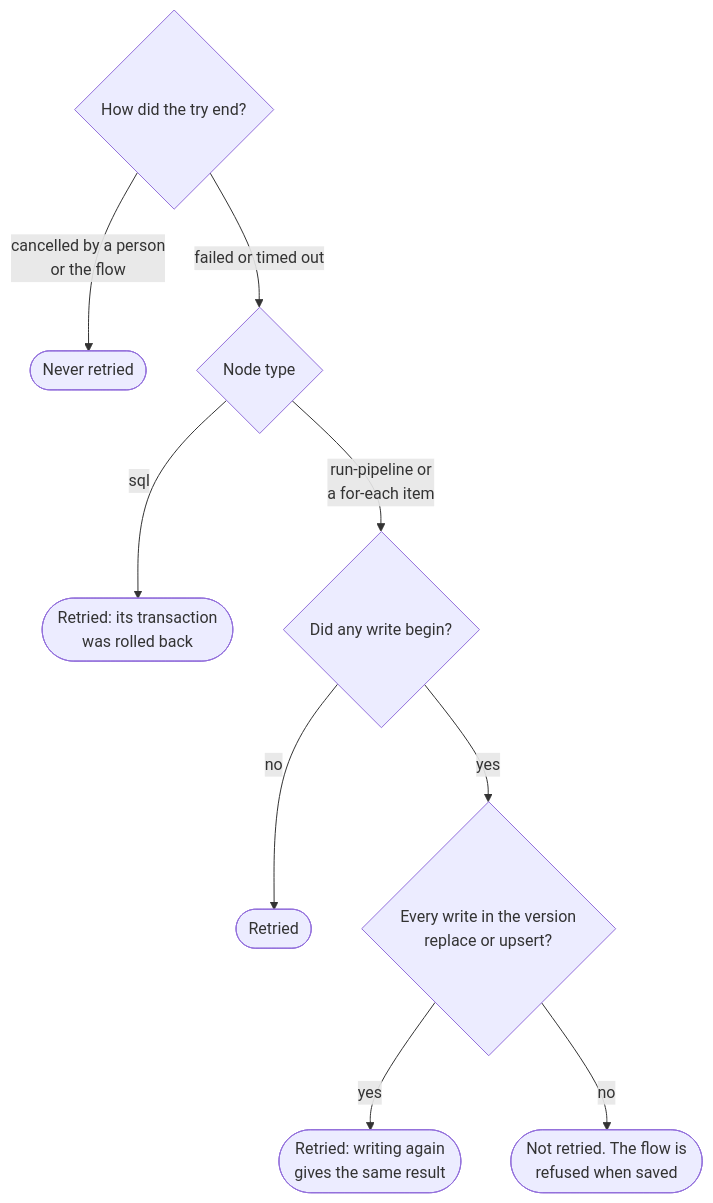
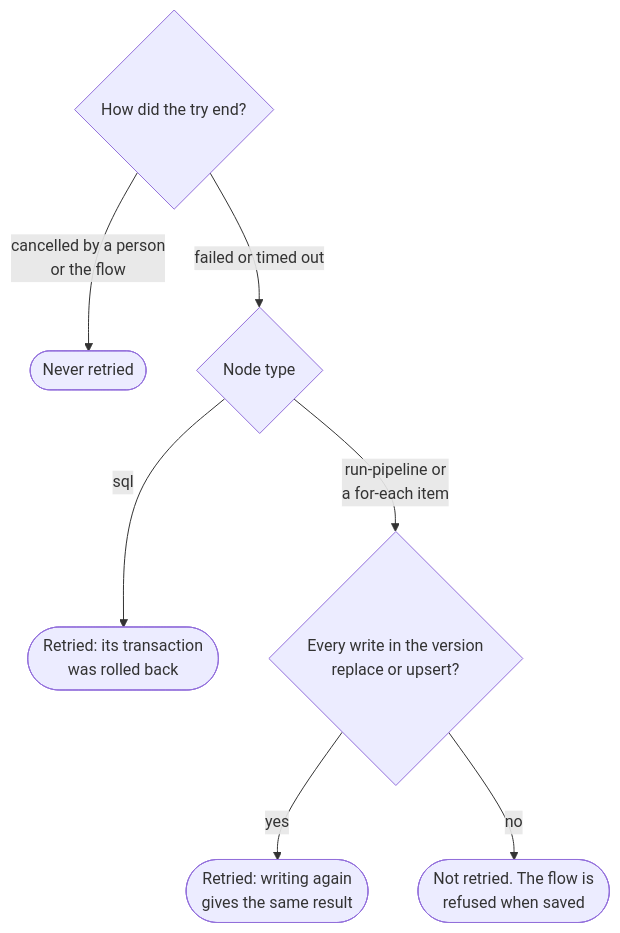
Before and after one commit to jporeilly/KilnMark: the third of 3 diagrams in docs/design/flow-controls.md, drawn with Mermaid. The commit also changed other lines of this file and 8 other files, not shown here.

First line of the commit message:
Flow retries: fixes from the review

````diff
--- a/docs/design/flow-controls.md
+++ b/docs/design/flow-controls.md
@@ -174,11 +174,9 @@
 ```mermaid
 flowchart TD
   A{"How did the try end?"} -- "cancelled by a person<br/>or the flow" --> N(["Never retried"])
   A -- "failed or timed out" --> B{"Node type"}
   B -- sql --> Y(["Retried: its transaction<br/>was rolled back"])
-  B -- "run-pipeline or<br/>a for-each item" --> C{"Did any write begin?"}
-  C -- no --> Y2(["Retried"])
-  C -- yes --> D{"Every write in the version<br/>replace or upsert?"}
+  B -- "run-pipeline or<br/>a for-each item" --> D{"Every write in the version<br/>replace or upsert?"}
   D -- yes --> Y3(["Retried: writing again<br/>gives the same result"])
   D -- no --> N2(["Not retried. The flow is<br/>refused when saved"])
 ```
````
